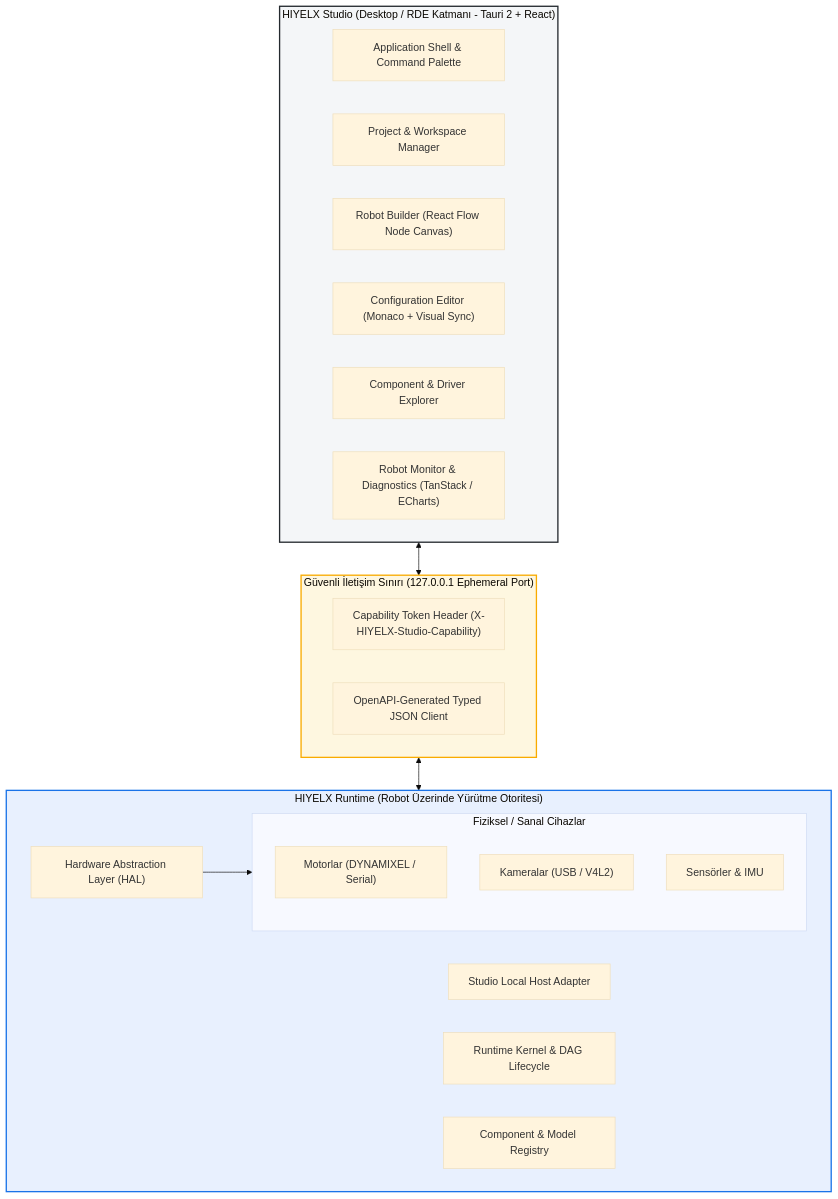
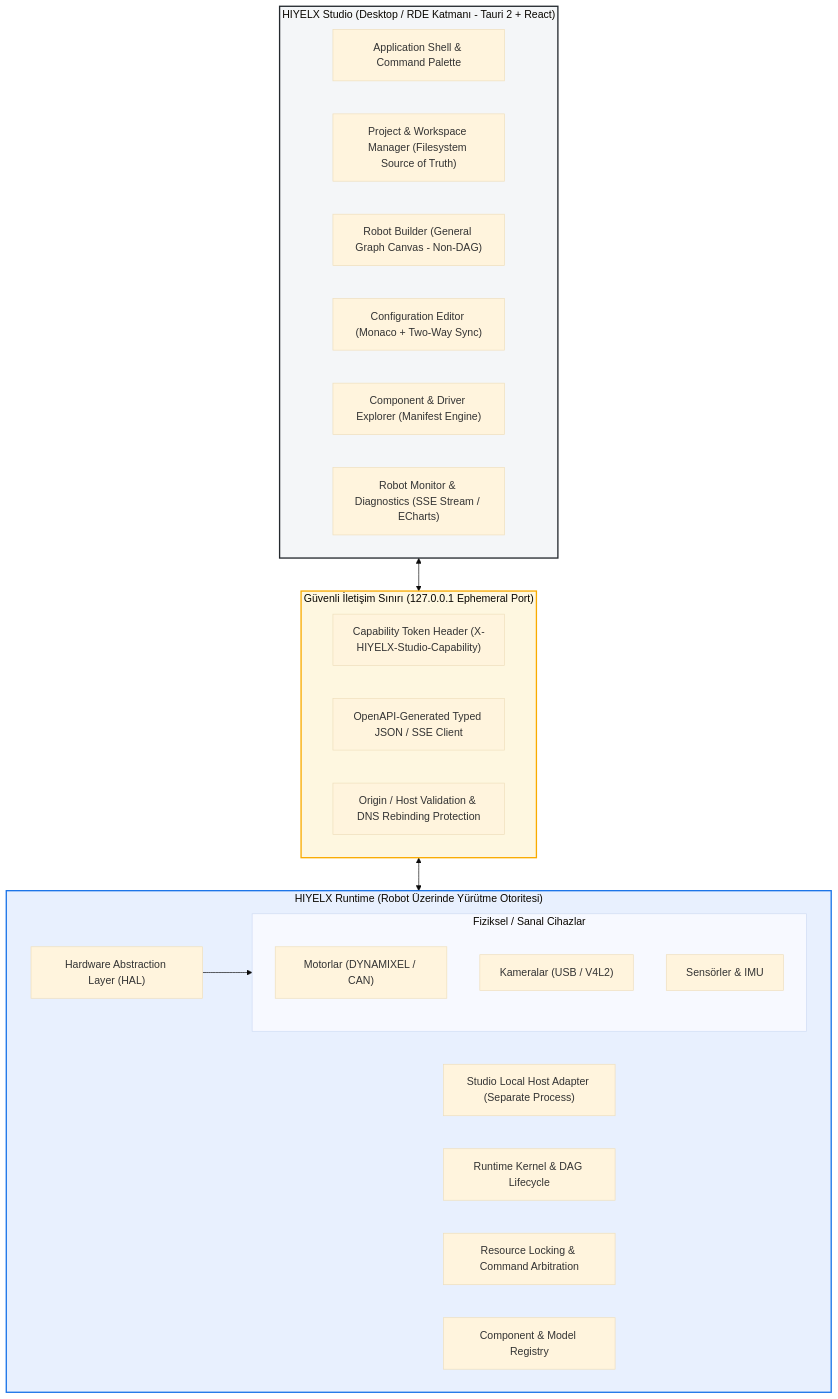
Before and after one commit to ulasusakli/hiyelx: the first of 6 diagrams in docs/architecture/studio-engineering-specification.md, drawn with Mermaid (base theme). The commit also changed other lines of this file and 1 other file, not shown here.

Commit message:
docs(studio): finalize ADR 0002 v1.1 and Studio Engineering Specification v1.1

````diff
--- a/docs/architecture/studio-engineering-specification.md
+++ b/docs/architecture/studio-engineering-specification.md
@@ -12,35 +12,37 @@
 ```mermaid
 flowchart TB
     subgraph Studio_Layer["HIYELX Studio (Desktop / RDE Katmanı - Tauri 2 + React)"]
         UI_Shell["Application Shell & Command Palette"]
-        Workspace["Project & Workspace Manager"]
-        Builder["Robot Builder (React Flow Node Canvas)"]
-        ConfigEditor["Configuration Editor (Monaco + Visual Sync)"]
-        Explorer["Component & Driver Explorer"]
-        Monitor["Robot Monitor & Diagnostics (TanStack / ECharts)"]
+        Workspace["Project & Workspace Manager (Filesystem Source of Truth)"]
+        Builder["Robot Builder (General Graph Canvas - Non-DAG)"]
+        ConfigEditor["Configuration Editor (Monaco + Two-Way Sync)"]
+        Explorer["Component & Driver Explorer (Manifest Engine)"]
+        Monitor["Robot Monitor & Diagnostics (SSE Stream / ECharts)"]
     end
 
     subgraph Boundary["Güvenli İletişim Sınırı (127.0.0.1 Ephemeral Port)"]
         TokenAuth["Capability Token Header (X-HIYELX-Studio-Capability)"]
-        TypedClient["OpenAPI-Generated Typed JSON Client"]
+        TypedClient["OpenAPI-Generated Typed JSON / SSE Client"]
+        SecurityChecks["Origin / Host Validation & DNS Rebinding Protection"]
     end
 
     subgraph Runtime_Layer["HIYELX Runtime (Robot Üzerinde Yürütme Otoritesi)"]
-        APIHost["Studio Local Host Adapter"]
+        APIHost["Studio Local Host Adapter (Separate Process)"]
         Kernel["Runtime Kernel & DAG Lifecycle"]
+        Arbitration["Resource Locking & Command Arbitration"]
         Registry["Component & Model Registry"]
         HAL["Hardware Abstraction Layer (HAL)"]
         subgraph Hardware["Fiziksel / Sanal Cihazlar"]
-            Motors["Motorlar (DYNAMIXEL / Serial)"]
+            Motors["Motorlar (DYNAMIXEL / CAN)"]
             Cameras["Kameralar (USB / V4L2)"]
             Sensors["Sensörler & IMU"]
         end
     end
 
     Studio_Layer <--> Boundary <--> Runtime_Layer
     HAL --> Hardware
 
     style Studio_Layer fill:#f4f6f8,stroke:#24292e,stroke-width:2px
     style Runtime_Layer fill:#e8f0fe,stroke:#1a73e8,stroke-width:2px
     style Boundary fill:#fef7e0,stroke:#f9ab00,stroke-width:2px
 ```
````
